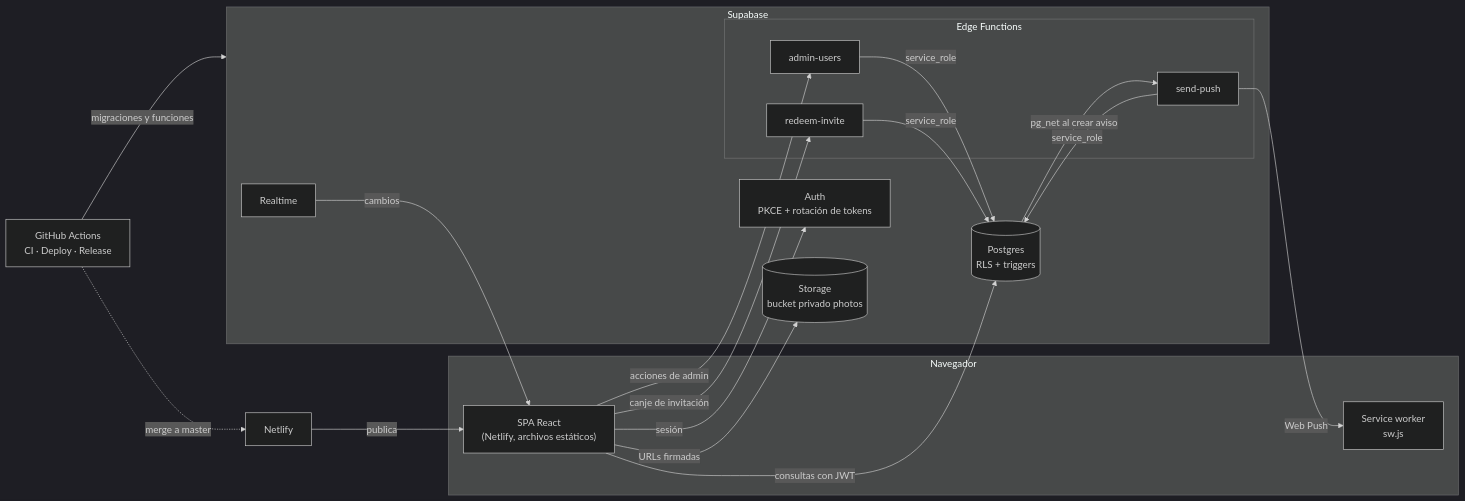
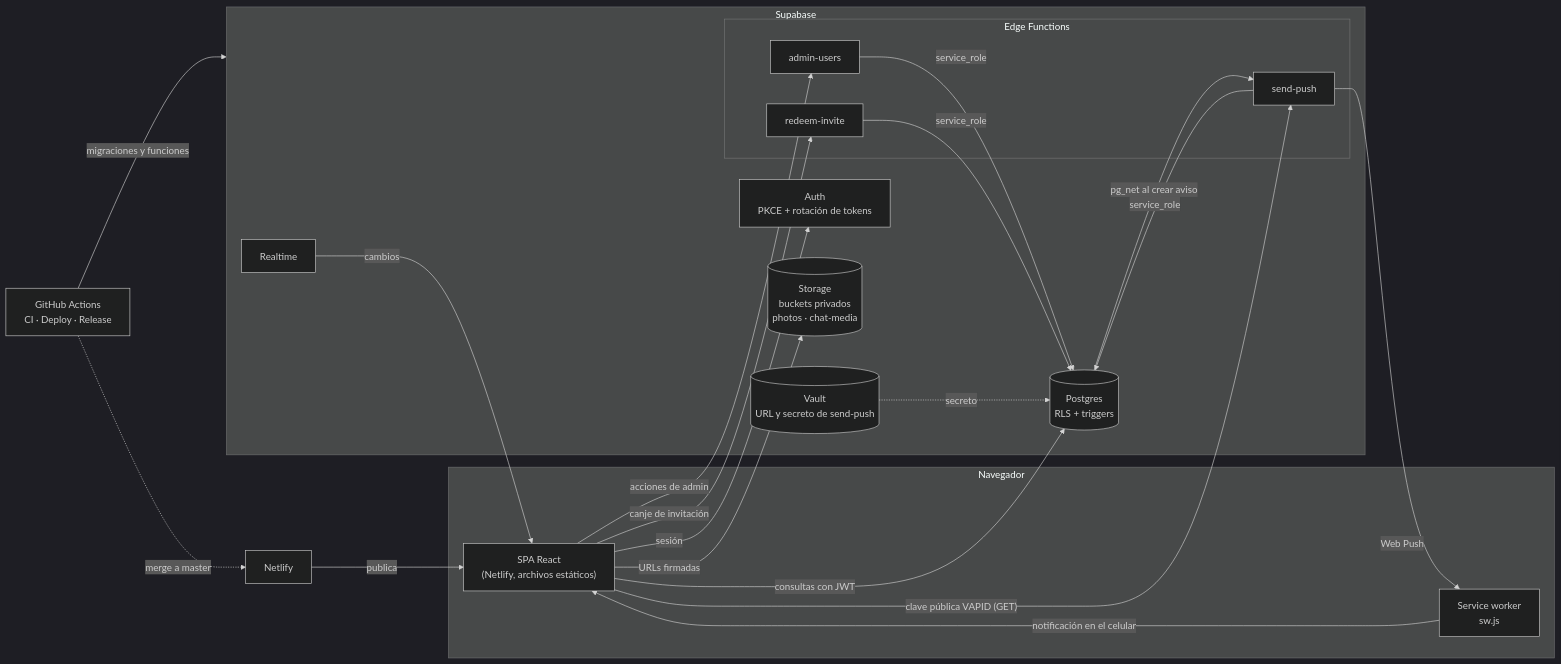
Before and after one commit to Juan-Carlos-Estevez-Vargas/Camila-Sanchez: the first of 20 diagrams in docs/DIAGRAMAS.md, drawn with Mermaid (dark theme). The commit also changed other lines of this file, not shown here.

Commit message:
docs(diagramas): avisos en el celular, colores por persona y despliegue de push

````diff
--- a/docs/DIAGRAMAS.md
+++ b/docs/DIAGRAMAS.md
@@ -24,33 +26,37 @@
 ```mermaid
 flowchart LR
   subgraph Navegador
     SPA["SPA React<br/>(Netlify, archivos estáticos)"]
     SW["Service worker<br/>sw.js"]
   end
   subgraph Supabase
     AUTH["Auth<br/>PKCE + rotación de tokens"]
     DB[("Postgres<br/>RLS + triggers")]
-    ST[("Storage<br/>bucket privado photos")]
+    ST[("Storage<br/>buckets privados<br/>photos · chat-media")]
     RT["Realtime"]
+    VA[("Vault<br/>URL y secreto de send-push")]
     subgraph Edge["Edge Functions"]
       AU["admin-users"]
       RI["redeem-invite"]
       SP["send-push"]
     end
   end
   GH["GitHub Actions<br/>CI · Deploy · Release"]
   NL["Netlify"]
 
   SPA -- "sesión" --> AUTH
   SPA -- "consultas con JWT" --> DB
   SPA -- "URLs firmadas" --> ST
   RT -- "cambios" --> SPA
   SPA -- "acciones de admin" --> AU
   SPA -- "canje de invitación" --> RI
   DB -- "pg_net al crear aviso" --> SP
+  VA -. "secreto" .-> DB
+  SPA -- "clave pública VAPID (GET)" --> SP
   SP -- "Web Push" --> SW
+  SW -- "notificación en el celular" --> SPA
   AU & RI & SP -- "service_role" --> DB
   GH -- "migraciones y funciones" --> Supabase
   GH -. "merge a master" .-> NL
   NL -- "publica" --> SPA
 ```
````
